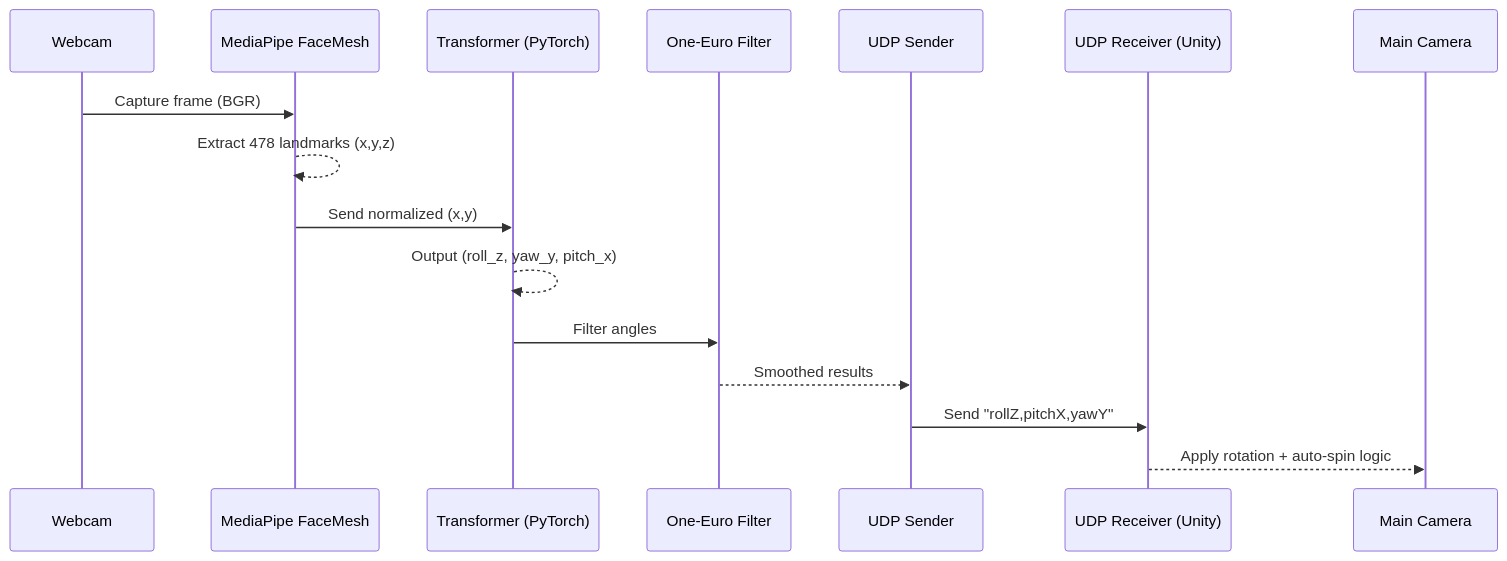
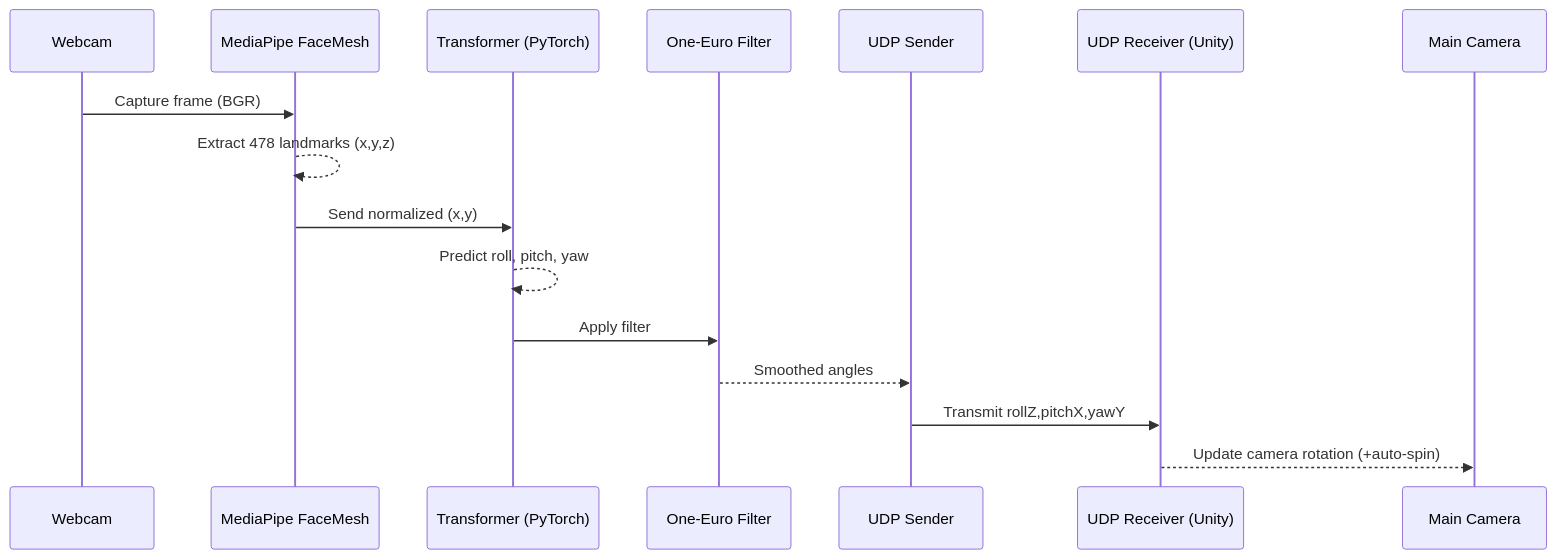
Before and after one commit to seonghwan97/Face-Tracking-Semi-Immersive-VR: the third of 4 diagrams in README.md, drawn with Mermaid. The commit also changed other lines of this file, not shown here.

````diff
--- a/README.md
+++ b/README.md
@@ -268,19 +213,19 @@
 ```mermaid
 sequenceDiagram
     participant Cam as Webcam
     participant MP as MediaPipe FaceMesh
     participant T as Transformer (PyTorch)
     participant F as One-Euro Filter
     participant U as UDP Sender
     participant C as UDP Receiver (Unity)
     participant Cam3D as Main Camera
 
     Cam->>MP: Capture frame (BGR)
     MP-->>MP: Extract 478 landmarks (x,y,z)
     MP->>T: Send normalized (x,y)
-    T-->>T: Output (roll_z, yaw_y, pitch_x)
-    T->>F: Filter angles
-    F-->>U: Smoothed results
-    U->>C: Send "rollZ,pitchX,yawY"
-    C-->>Cam3D: Apply rotation + auto-spin logic
+    T-->>T: Predict roll, pitch, yaw
+    T->>F: Apply filter
+    F-->>U: Smoothed angles
+    U->>C: Transmit rollZ,pitchX,yawY
+    C-->>Cam3D: Update camera rotation (+auto-spin)
 ```
````
